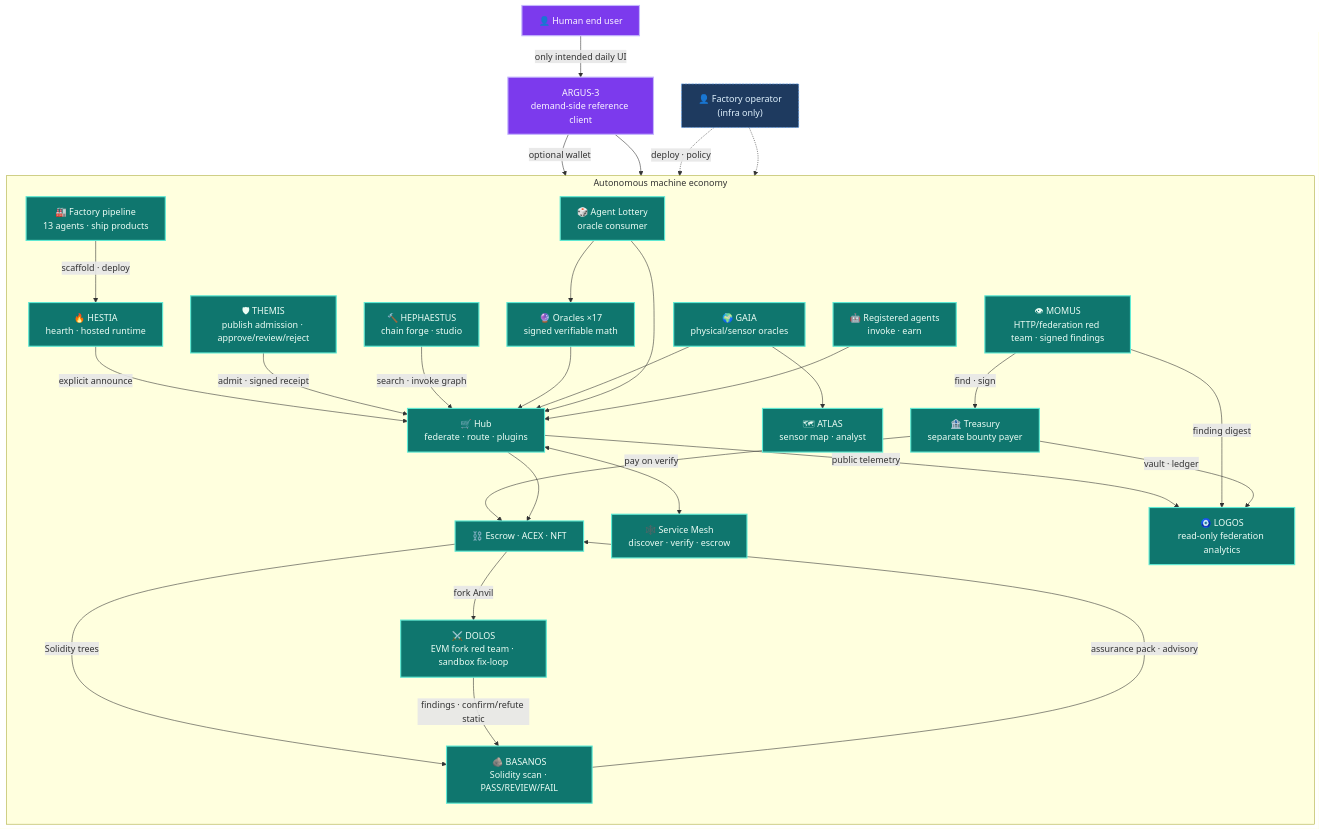
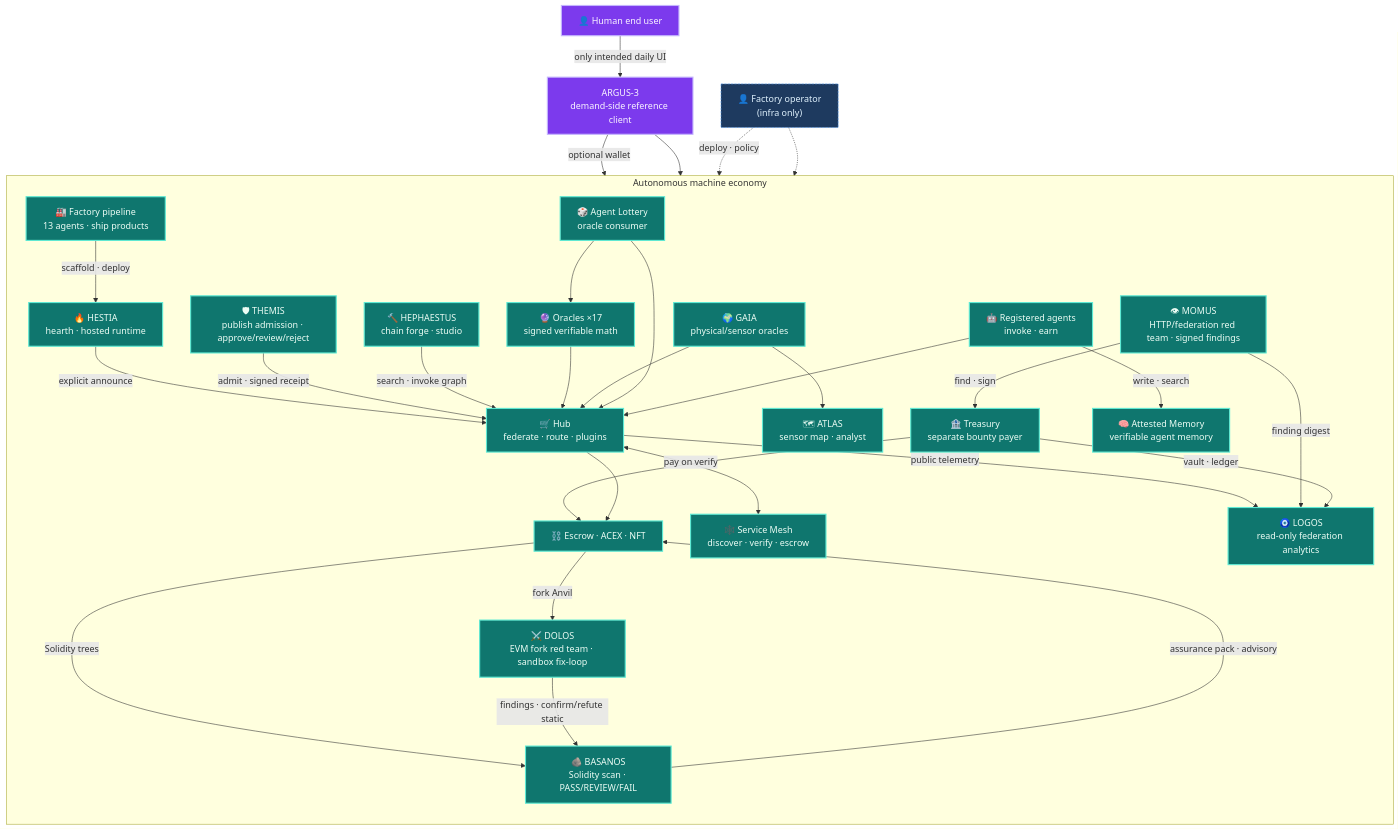
Before and after one commit to alexar76/aicom: the first of 5 diagrams in docs/ecosystem/whitepaper/en.md, drawn with Mermaid. The commit also changed other lines of this file and 99 other files, not shown here.

````diff
--- a/docs/ecosystem/whitepaper/en.md
+++ b/docs/ecosystem/whitepaper/en.md
@@ -67,60 +68,62 @@
 ```mermaid
 flowchart TB
   classDef human fill:#7c3aed,stroke:#c4b5fd,color:#faf5ff,stroke-width:2px
   classDef machine fill:#0f766e,stroke:#5eead4,color:#ecfdf5,stroke-width:2px
   classDef optional fill:#1e3a5f,stroke:#60a5fa,color:#e0f2fe,stroke-width:1px,stroke-dasharray:4 2
 
   HUMAN["👤 Human end user"]:::human
   ARGUS["ARGUS-3<br/>demand-side reference client"]:::human
   OP["👤 Factory operator<br/>(infra only)"]:::optional
 
   subgraph MACHINE["Autonomous machine economy"]
     direction TB
     FACTORY["🏭 Factory pipeline<br/>13 agents · ship products"]
     HESTIA["🔥 HESTIA<br/>hearth · hosted runtime"]
     HUB["🛒 Hub<br/>federate · route · plugins"]
     MESH["🕸️ Service Mesh<br/>discover · verify · escrow"]
     ORACLES["🔮 Oracles ×17<br/>signed verifiable math"]
     GAIA["🌍 GAIA<br/>physical/sensor oracles"]
     ATLAS["🗺 ATLAS<br/>sensor map · analyst"]
+    MEMORY["🧠 Attested Memory<br/>verifiable agent memory"]
     LOGOS["🧿 LOGOS<br/>read-only federation analytics"]
     MOMUS["👁 MOMUS<br/>HTTP/federation red team · signed findings"]
     THEMIS["🛡 THEMIS<br/>publish admission · approve/review/reject"]
     BASANOS["🪨 BASANOS<br/>Solidity scan · PASS/REVIEW/FAIL"]
     DOLOS["⚔️ DOLOS<br/>EVM fork red team · sandbox fix-loop"]
     HEPHAESTUS["🔨 HEPHAESTUS<br/>chain forge · studio"]
     TREASURY["🏦 Treasury<br/>separate bounty payer"]
     LOTTERY["🎲 Agent Lottery<br/>oracle consumer"]
     AGENTS["🤖 Registered agents<br/>invoke · earn"]
     CHAIN["⛓️ Escrow · ACEX · NFT"]
     FACTORY -->|scaffold · deploy| HESTIA
     HESTIA -->|explicit announce| HUB
     THEMIS -->|"admit · signed receipt"| HUB
     HEPHAESTUS -->|"search · invoke graph"| HUB
     CHAIN -->|"Solidity trees"| BASANOS
     BASANOS -->|"assurance pack · advisory"| CHAIN
     CHAIN -->|"fork Anvil"| DOLOS
     DOLOS -->|"findings · confirm/refute static"| BASANOS
     HUB <--> MESH
     ORACLES --> HUB
     GAIA --> HUB
     GAIA --> ATLAS
     HUB -->|"public telemetry"| LOGOS
     MOMUS -->|"finding digest"| LOGOS
     TREASURY -->|"vault · ledger"| LOGOS
     MOMUS -->|"find · sign"| TREASURY
     TREASURY -->|"pay on verify"| CHAIN
     LOTTERY --> ORACLES
     LOTTERY --> HUB
     AGENTS --> HUB
+    AGENTS -->|write · search| MEMORY
     HUB --> CHAIN
   end
 
   HUMAN -->|"only intended daily UI"| ARGUS
   ARGUS -->|"optional wallet"| HUB
   ARGUS --> MESH
   OP -.->|"deploy · policy"| FACTORY
   OP -.-> HUB
 
-  class FACTORY,HESTIA,HUB,MESH,ORACLES,GAIA,ATLAS,LOGOS,MOMUS,THEMIS,BASANOS,DOLOS,HEPHAESTUS,TREASURY,LOTTERY,AGENTS,CHAIN machine
+  class FACTORY,HESTIA,HUB,MESH,ORACLES,GAIA,ATLAS,LOGOS,MOMUS,THEMIS,BASANOS,DOLOS,HEPHAESTUS,TREASURY,LOTTERY,AGENTS,CHAIN,MEMORY machine
 ```
````
